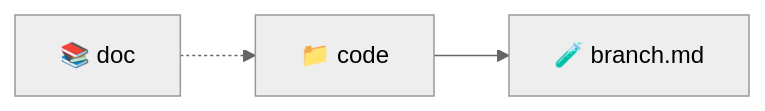
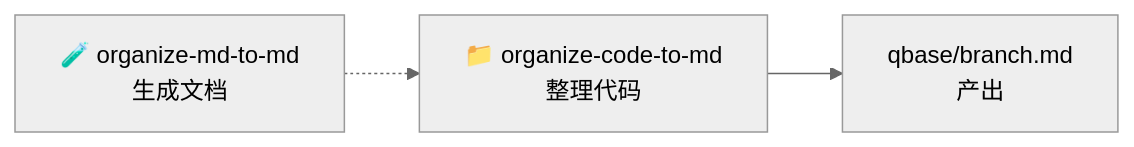
The second of 3 diagrams in README.md (dvlproad/AI-qskills), drawn with Mermaid (neutral theme) before and after one commit. The commit also changed other lines of this file and 4 other files, not shown here.

````diff
--- a/README.md
+++ b/README.md
@@ -40,6 +36,5 @@
 ```mermaid
 graph LR
-    B[📁 code] --> C[🧪 branch.md]
-    A[📚 doc]
-    A -.-> B
+    A[📁 organize-code-to-md<br/>整理代码] --> B[qbase/branch.md<br/>产出]
+    C[🧪 organize-md-to-md<br/>生成文档] -.-> A
 ```
````
